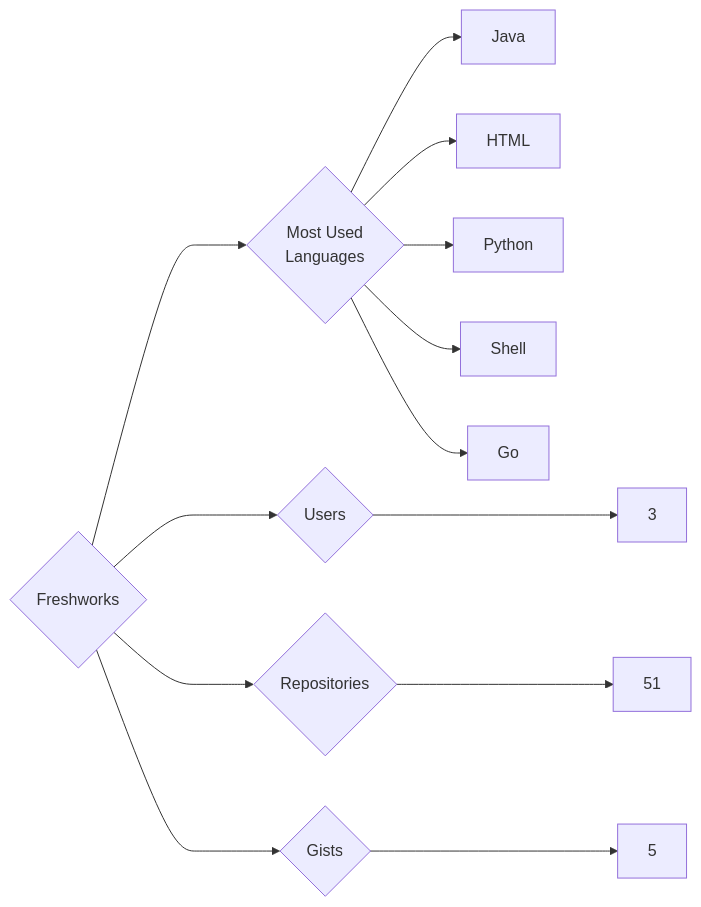
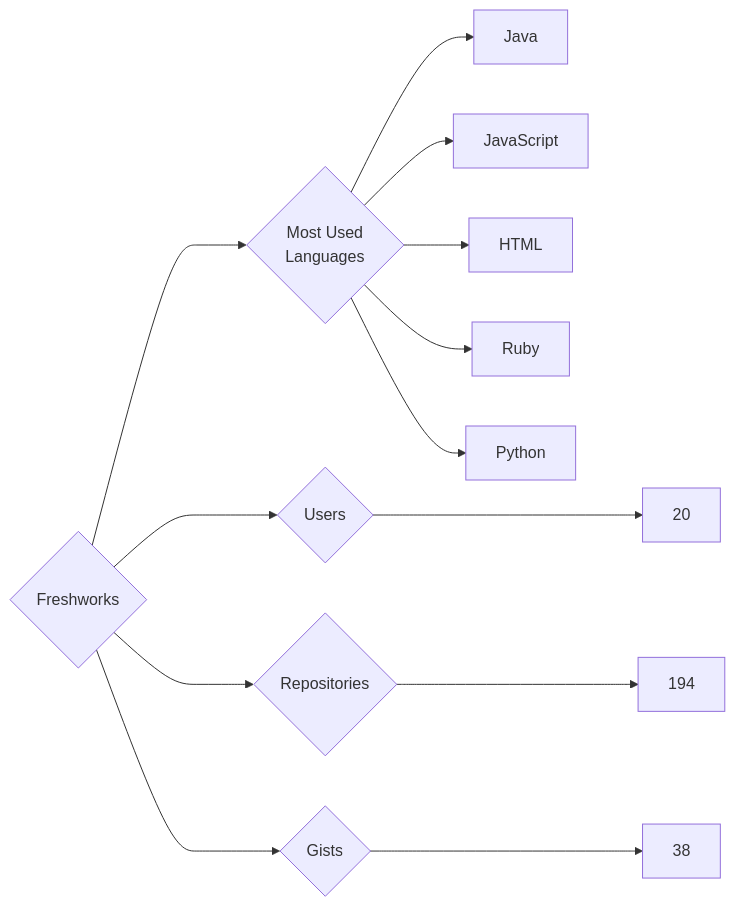
The diagram in targets/Freshworks/README.md (trickest/insiders), drawn with Mermaid before and after one commit. The commit also changed 900 other files, not shown here.

````diff
--- a/targets/Freshworks/README.md
+++ b/targets/Freshworks/README.md
@@ -3,13 +3,13 @@
 ```mermaid
 graph LR
 COMPANY_NAME{Freshworks}
-COMPANY_NAME ---> U{Users} ---> UN[3]
-COMPANY_NAME ---> R{Repositories} ---> RN[51]
-COMPANY_NAME ---> G{Gists} ---> GN[5]
+COMPANY_NAME ---> U{Users} ---> UN[20]
+COMPANY_NAME ---> R{Repositories} ---> RN[194]
+COMPANY_NAME ---> G{Gists} ---> GN[38]
 COMPANY_NAME ---> ML{Most Used<br>Languages}
 ML --> Java[Java]
+ML --> JavaScript[JavaScript]
 ML --> HTML[HTML]
+ML --> Ruby[Ruby]
 ML --> Python[Python]
-ML --> Shell[Shell]
-ML --> Go[Go]
 ```
````
